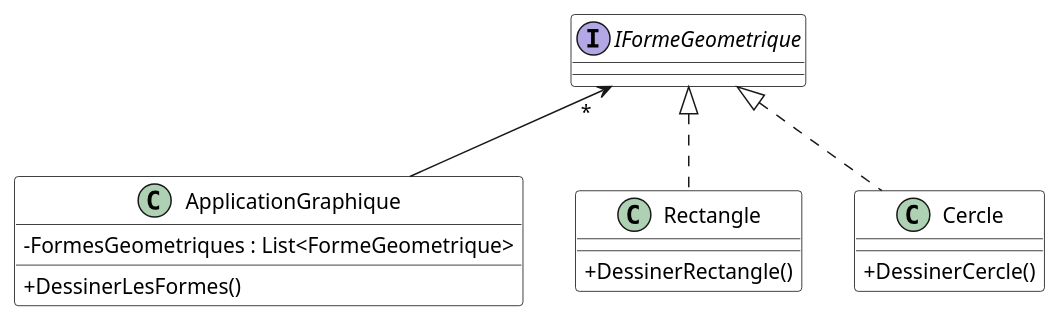
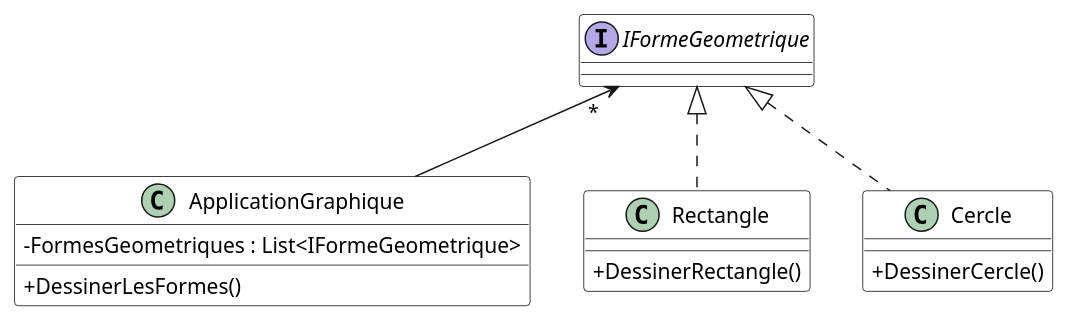
The diagram in Module04_Principes_SOLID/diag/src/02_OCP_v02.wsd (PiFou86/420-W30-SF), drawn with PlantUML before and after one commit. The commit also changed 6 other files, not shown here.

Commit message:
Corrections diagrammes

```diff
--- a/Module04_Principes_SOLID/diag/src/02_OCP_v02.wsd
+++ b/Module04_Principes_SOLID/diag/src/02_OCP_v02.wsd
@@ -1,34 +1,34 @@
 @startuml OCP_V02
 
 skinparam classAttributeIconSize 0
 skinparam class {
     BackgroundColor White
     BorderColor #000
 }
 allowmixing
 'skinparam linetype ortho
 
 class ApplicationGraphique {
-    - FormesGeometriques : List<FormeGeometrique>
+    - FormesGeometriques : List<IFormeGeometrique>
     + DessinerLesFormes()
 }
 
 'ApplicationGraphique --> "*" FormeGeometrique
 IFormeGeometrique "*" <--  ApplicationGraphique
 
 interface IFormeGeometrique {
 
 }
 
 class Rectangle {
     + DessinerRectangle()
 }
 
 class Cercle {
     + DessinerCercle()
 }
 
 IFormeGeometrique <|.. Rectangle
 IFormeGeometrique <|.. Cercle
 
 @enduml
```
